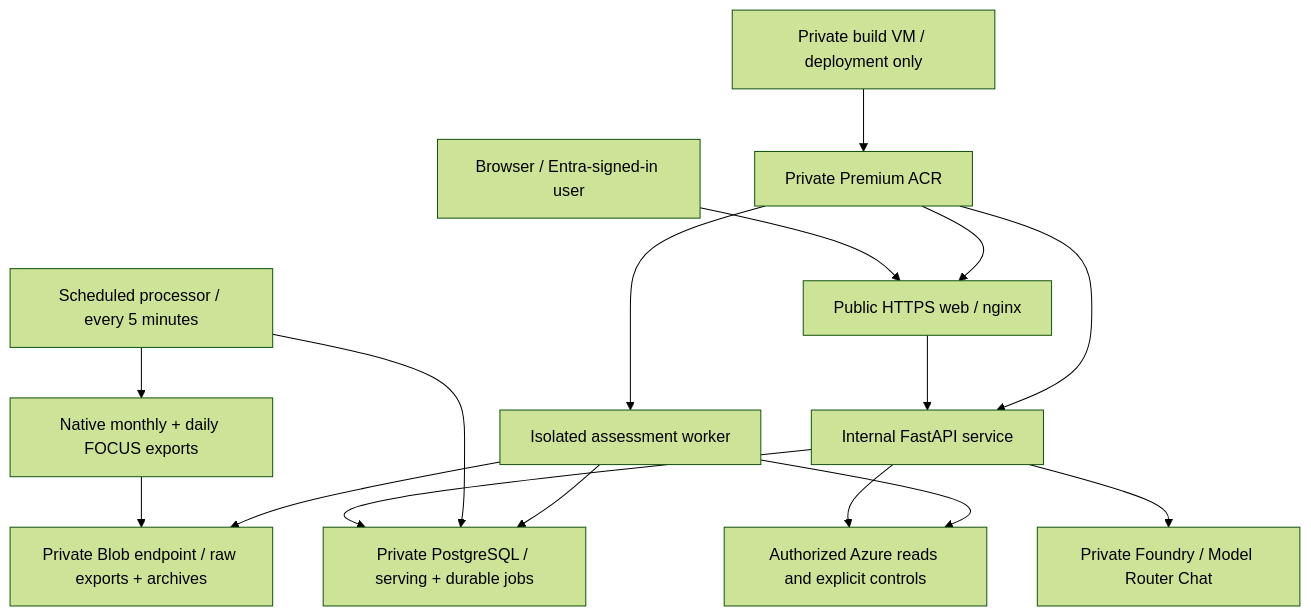
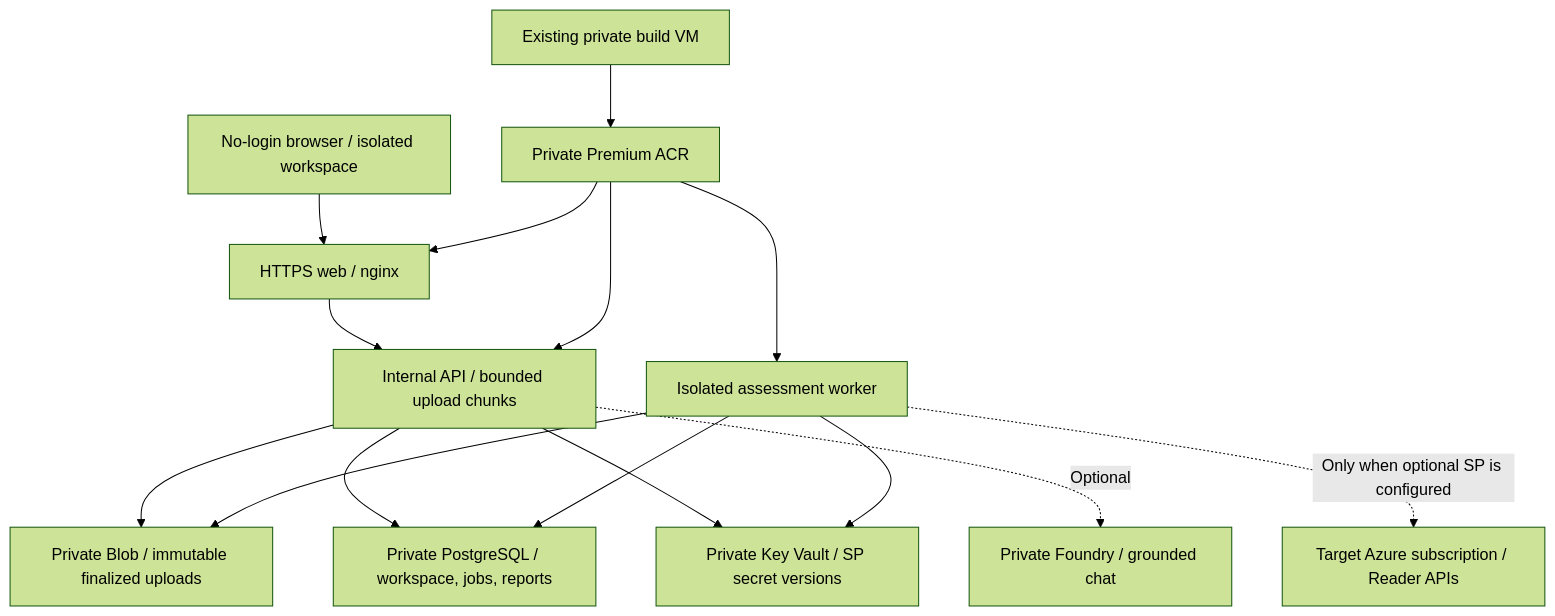
One commit to Saby007/MeghKoshaAI changed the diagram in README.md. Above: the diagram before and after it, drawn with Mermaid (forest theme). The commit also changed other lines of this file and 74 other files, not shown here.

First line of the commit message:
Implement manual FOCUS workspaces with optional Reader service principals

````diff
--- a/README.md
+++ b/README.md
@@ -63,18 +53,17 @@
 ```mermaid
 flowchart TB
-    Browser["Browser / Entra-signed-in user"] --> Web["Public HTTPS web / nginx"]
-    Web --> API["Internal FastAPI service"]
-    API --> SQL["Private PostgreSQL / serving + durable jobs"]
-    API --> ARM["Authorized Azure reads and explicit controls"]
-    API --> Foundry["Private Foundry / Model Router Chat"]
-    Scheduler["Scheduled processor / every 5 minutes"] --> Exports["Native monthly + daily FOCUS exports"]
-    Scheduler --> SQL
-    Exports --> Blob["Private Blob endpoint / raw exports + archives"]
+    Browser["No-login browser / isolated workspace"] --> Web["HTTPS web / nginx"]
+    Web --> API["Internal API / bounded upload chunks"]
+    API --> Blob["Private Blob / immutable finalized uploads"]
+    API --> PG["Private PostgreSQL / workspace, jobs, reports"]
+    API --> Vault["Private Key Vault / SP secret versions"]
     Worker["Isolated assessment worker"] --> Blob
-    Worker --> ARM
-    Worker --> SQL
-    Builder["Private build VM / deployment only"] --> ACR["Private Premium ACR"]
+    Worker --> PG
+    Worker --> Vault
+    Worker -. "Only when optional SP is configured" .-> Target["Target Azure subscription / Reader APIs"]
+    API -. "Optional" .-> AI["Private Foundry / grounded chat"]
+    Builder["Existing private build VM"] --> ACR["Private Premium ACR"]
     ACR --> Web
     ACR --> API
     ACR --> Worker
 ```
````
